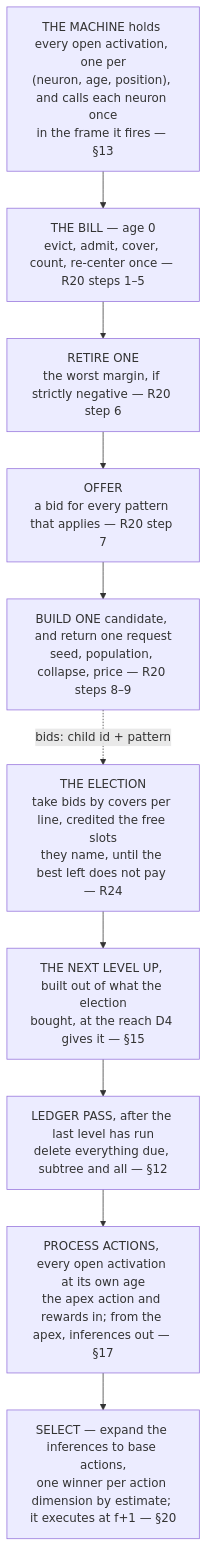
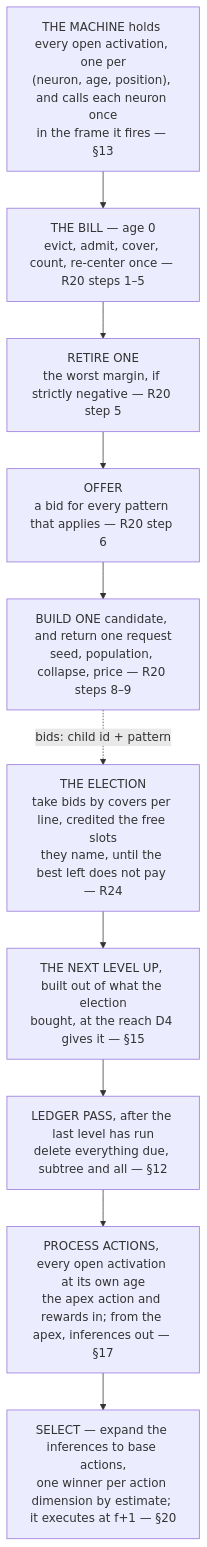
One commit to cucar/robot_brain changed the diagram in docs/algorithm-remarks.md. Above: the diagram before and after it, drawn with Mermaid. The commit also changed other lines of this file and 2 other files, not shown here.

````diff
--- a/docs/algorithm-remarks.md
+++ b/docs/algorithm-remarks.md
@@ -943,13 +913,13 @@
 ```mermaid
 flowchart TD
     A["THE MACHINE holds every open activation, one per<br/>(neuron, age, position), and calls each neuron once<br/>in the frame it fires — §13"]
     A --> B["THE BILL — age 0<br/>evict, admit, cover, count, re-center once — R20 steps 1–5"]
-    B --> DEL["RETIRE ONE<br/>the worst margin, if strictly negative — R20 step 6"]
-    DEL --> P["OFFER<br/>a bid for every pattern that applies — R20 step 7"]
+    B --> DEL["RETIRE ONE<br/>the worst margin, if strictly negative — R20 step 5"]
+    DEL --> P["OFFER<br/>a bid for every pattern that applies — R20 step 6"]
     P --> M["BUILD ONE candidate, and return one request<br/>seed, population, collapse, price — R20 steps 8–9"]
     M -.->|"bids: child id + pattern"| X["THE ELECTION<br/>take bids by covers per line, credited the free slots<br/>they name, until the best left does not pay — R24"]
     X --> O["THE NEXT LEVEL UP, built out of what the election<br/>bought, at the reach D4 gives it — §15"]
     O --> Z["LEDGER PASS, after the last level has run<br/>delete everything due, subtree and all — §12"]
     Z --> W["PROCESS ACTIONS, every open activation at its own age<br/>the apex action and rewards in; from the apex, inferences out — §17"]
     W --> S["SELECT — expand the inferences to base actions,<br/>one winner per action dimension by estimate; it executes at f+1 — §20"]
 ```
````
